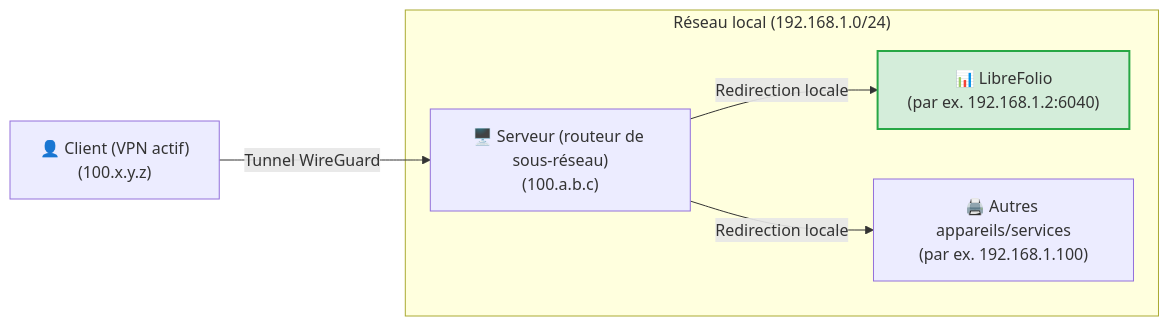
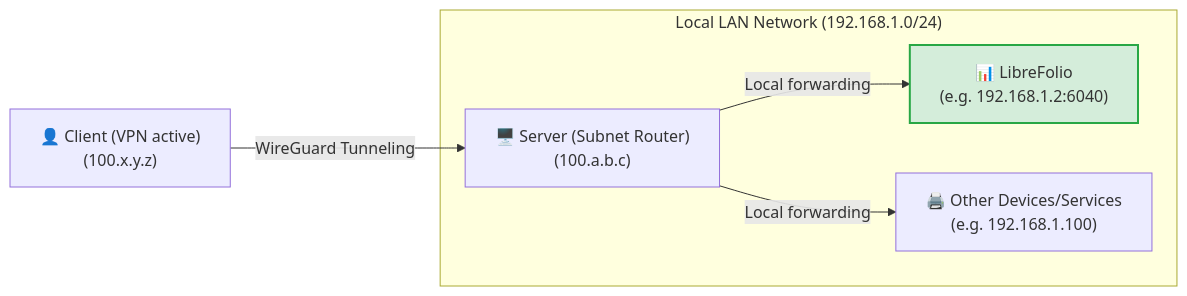
Before and after one commit to Librefolio/LibreFolio: the third of 3 diagrams in mkdocs_src/docs/admin/service_exposure.fr.md, drawn with Mermaid. The commit also changed other lines of this file and 2 other files, not shown here.

````diff
--- a/mkdocs_src/docs/admin/service_exposure.fr.md
+++ b/mkdocs_src/docs/admin/service_exposure.fr.md
@@ -136,9 +137,9 @@
 ```mermaid
 graph LR
-    Client["👤 Client (VPN actif)<br>(100.x.y.z)"] -->|Tunnel WireGuard| Server["🖥️ Serveur (routeur de sous-réseau)<br>(100.a.b.c)"]
-    subgraph LAN ["Réseau local (192.168.1.0/24)"]
-        Server -->|Redirection locale| LibreFolio["📊 LibreFolio<br>(par ex. 192.168.1.2:6040)"]
-        Server -->|Redirection locale| OtherDevice["🖨️ Autres appareils/services<br>(par ex. 192.168.1.100)"]
+    Client["👤 Client (VPN active)<br>(100.x.y.z)"] -->|WireGuard Tunneling| Server["🖥️ Server (Subnet Router)<br>(100.a.b.c)"]
+    subgraph LAN ["Local LAN Network (192.168.1.0/24)"]
+        Server -->|Local forwarding| LibreFolio["📊 LibreFolio<br>(e.g. 192.168.1.2:6040)"]
+        Server -->|Local forwarding| OtherDevice["🖨️ Other Devices/Services<br>(e.g. 192.168.1.100)"]
     end
     style LibreFolio fill:#d4edda,stroke:#28a745,stroke-width:2px;
 ```
````
